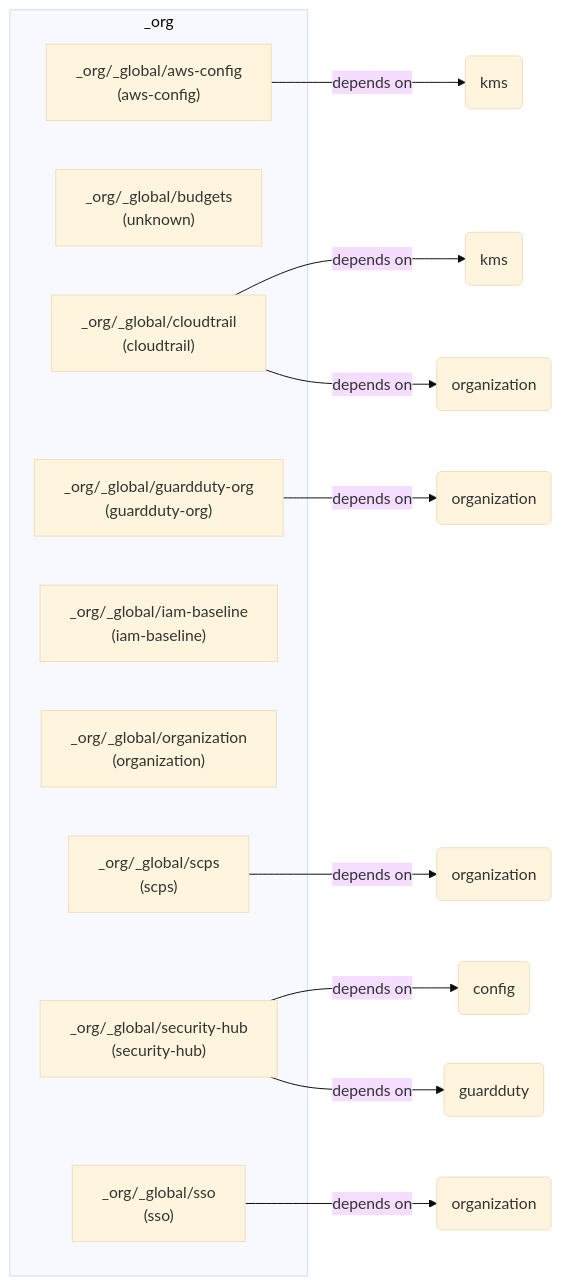
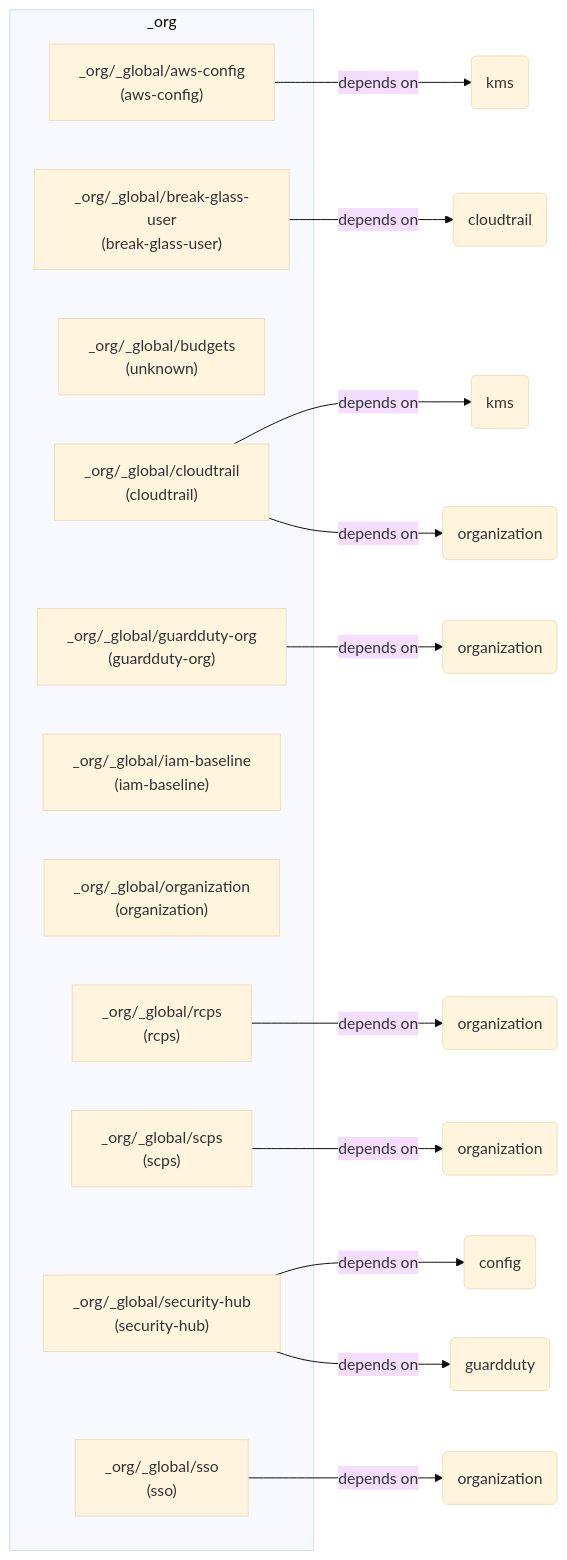
Before and after one commit to 100rd/platform-design: the diagram in docs/diagrams/_org.md, drawn with Mermaid (base theme). The commit also changed 1 other file, not shown here.

Commit message:
docs: regenerate infrastructure diagrams

````diff
--- a/docs/diagrams/_org.md
+++ b/docs/diagrams/_org.md
@@ -7,22 +7,26 @@
 ```mermaid
 graph LR
   subgraph _org["_org"]
     _org__global_aws_config["_org/_global/aws-config<br/>(aws-config)"]
+    _org__global_break_glass_user["_org/_global/break-glass-user<br/>(break-glass-user)"]
     _org__global_budgets["_org/_global/budgets<br/>(unknown)"]
     _org__global_cloudtrail["_org/_global/cloudtrail<br/>(cloudtrail)"]
     _org__global_guardduty_org["_org/_global/guardduty-org<br/>(guardduty-org)"]
     _org__global_iam_baseline["_org/_global/iam-baseline<br/>(iam-baseline)"]
     _org__global_organization["_org/_global/organization<br/>(organization)"]
+    _org__global_rcps["_org/_global/rcps<br/>(rcps)"]
     _org__global_scps["_org/_global/scps<br/>(scps)"]
     _org__global_security_hub["_org/_global/security-hub<br/>(security-hub)"]
     _org__global_sso["_org/_global/sso<br/>(sso)"]
   end
   _org__global_aws_config -->|depends on| _org__global_aws_config__dep__kms(kms)
+  _org__global_break_glass_user -->|depends on| _org__global_break_glass_user__dep__cloudtrail(cloudtrail)
   _org__global_cloudtrail -->|depends on| _org__global_cloudtrail__dep__kms(kms)
   _org__global_cloudtrail -->|depends on| _org__global_cloudtrail__dep__organization(organization)
   _org__global_guardduty_org -->|depends on| _org__global_guardduty_org__dep__organization(organization)
+  _org__global_rcps -->|depends on| _org__global_rcps__dep__organization(organization)
   _org__global_scps -->|depends on| _org__global_scps__dep__organization(organization)
   _org__global_security_hub -->|depends on| _org__global_security_hub__dep__config(config)
   _org__global_security_hub -->|depends on| _org__global_security_hub__dep__guardduty(guardduty)
   _org__global_sso -->|depends on| _org__global_sso__dep__organization(organization)
 ```
````
